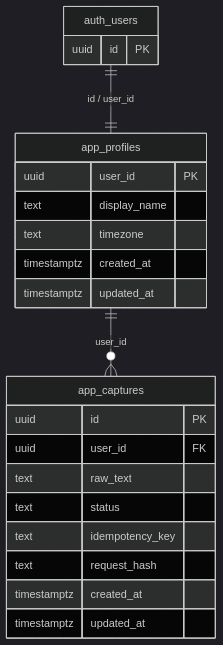
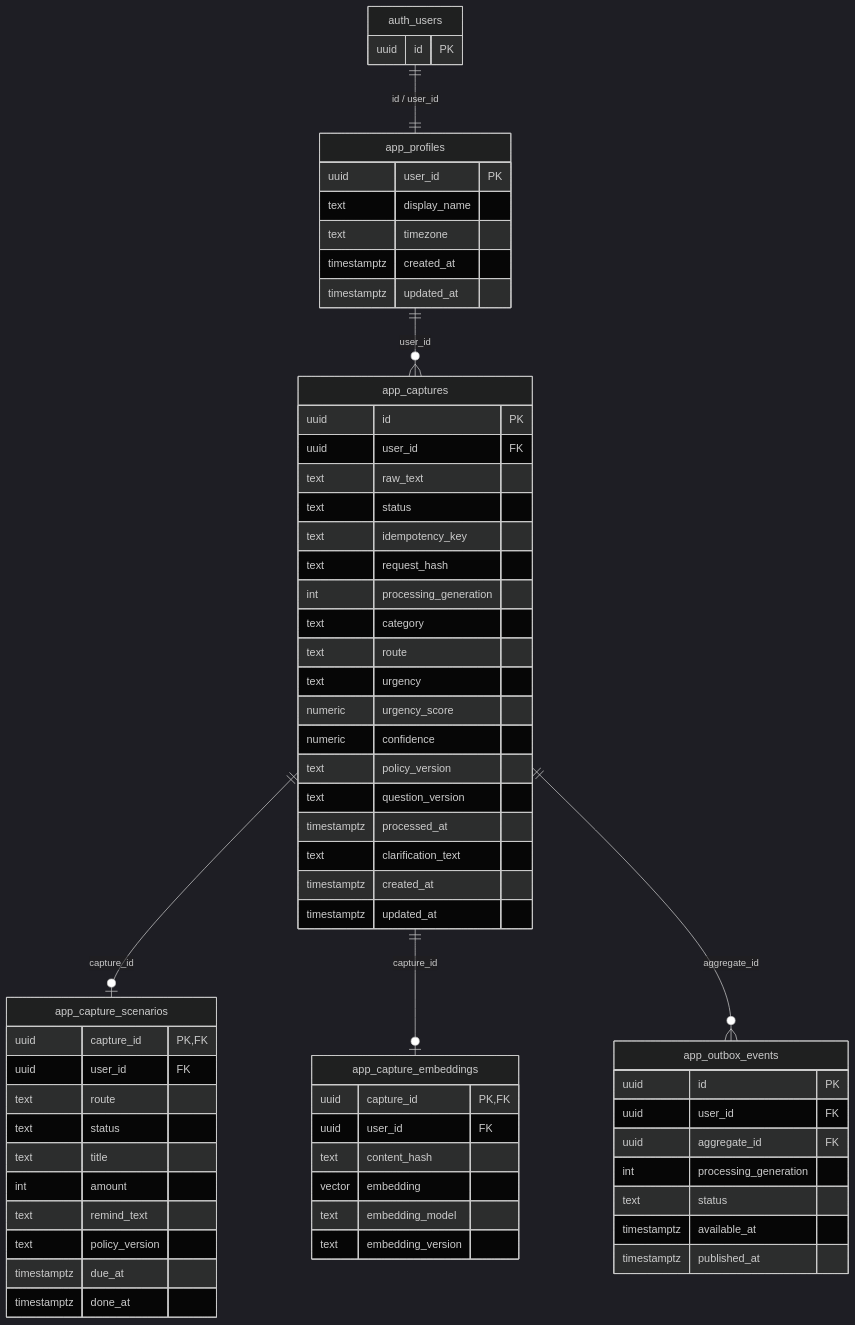
One commit to KoheiSeki/hibi changed the diagram in docs/architecture/14-er.md. Above: the diagram before and after it, drawn with Mermaid (dark theme). The commit also changed other lines of this file and 1 other file, not shown here.

Commit message:
docs: define the responsibilities of captures and capture_scenarios in the table catalog

````diff
--- a/docs/architecture/14-er.md
+++ b/docs/architecture/14-er.md
@@ -20,28 +20,73 @@
 ```mermaid
 erDiagram
     auth_users ||--|| app_profiles : "id / user_id"
     app_profiles ||--o{ app_captures : user_id
+    app_captures ||--o| app_capture_scenarios : capture_id
+    app_captures ||--o| app_capture_embeddings : capture_id
+    app_captures ||--o{ app_outbox_events : aggregate_id
 
     auth_users {
         uuid id PK
     }
 
     app_profiles {
         uuid user_id PK
         text display_name
         text timezone
         timestamptz created_at
         timestamptz updated_at
     }
 
     app_captures {
         uuid id PK
         uuid user_id FK
         text raw_text
         text status
         text idempotency_key
         text request_hash
+        int processing_generation
+        text category
+        text route
+        text urgency
+        numeric urgency_score
+        numeric confidence
+        text policy_version
+        text question_version
+        timestamptz processed_at
+        text clarification_text
         timestamptz created_at
         timestamptz updated_at
     }
+
+    app_capture_scenarios {
+        uuid capture_id PK, FK
+        uuid user_id FK
+        text route
+        text status
+        text title
+        int amount
+        text remind_text
+        text policy_version
+        timestamptz due_at
+        timestamptz done_at
+    }
+
+    app_capture_embeddings {
+        uuid capture_id PK, FK
+        uuid user_id FK
+        text content_hash
+        vector embedding
+        text embedding_model
+        text embedding_version
+    }
+
+    app_outbox_events {
+        uuid id PK
+        uuid user_id FK
+        uuid aggregate_id FK
+        int processing_generation
+        text status
+        timestamptz available_at
+        timestamptz published_at
+    }
 ```
````
